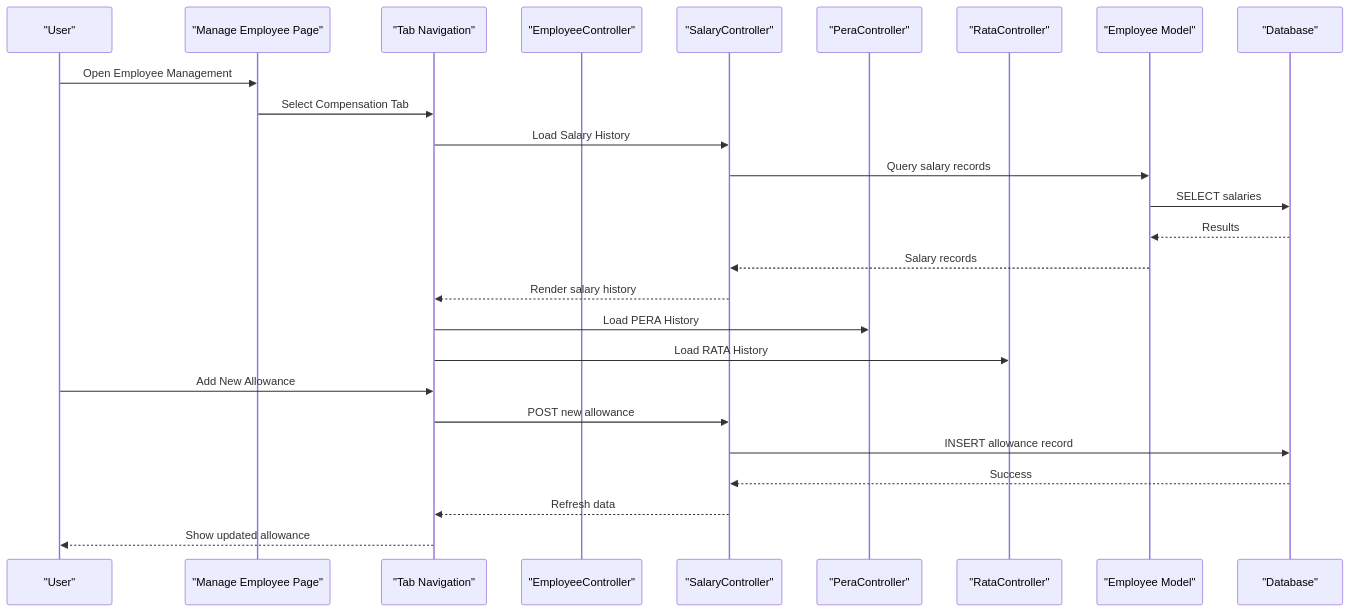
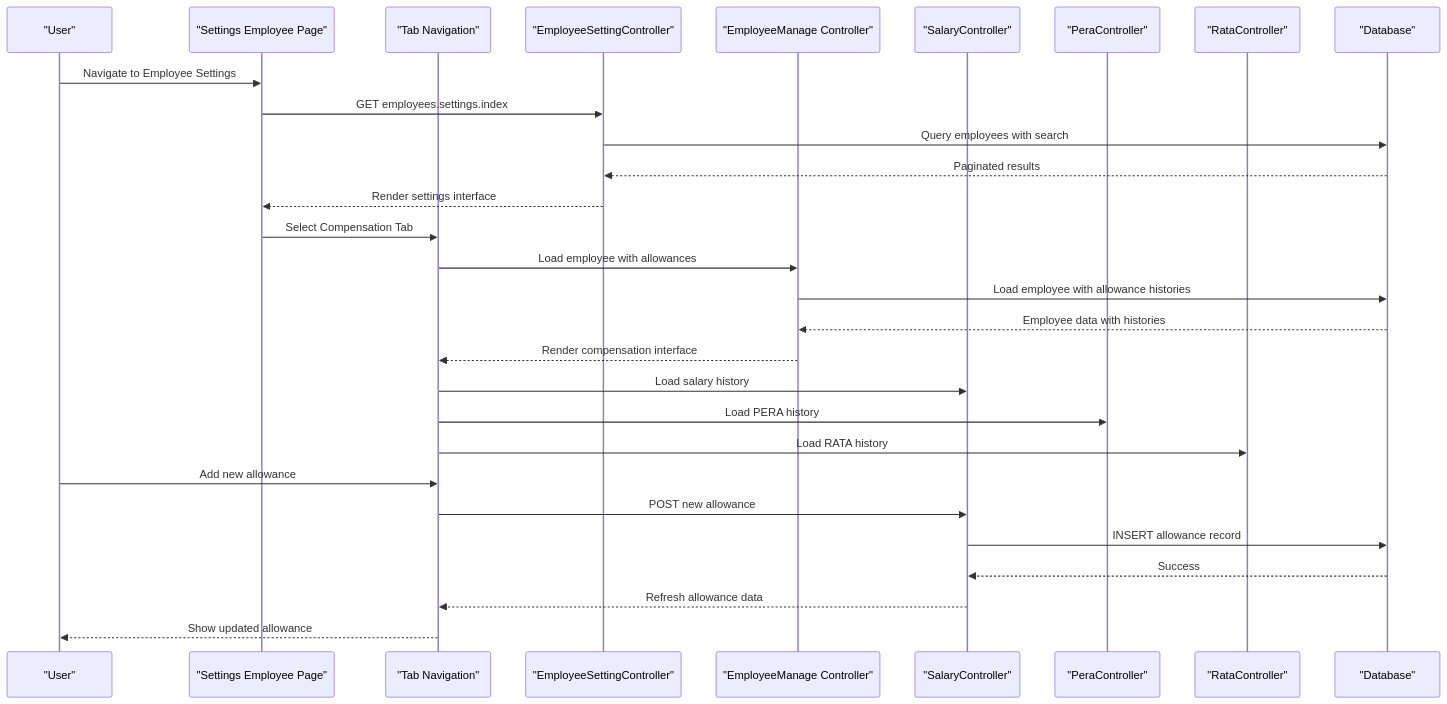
The second of 7 diagrams in .qoder/repowiki/en/content/Employee Management/Employee Management.md (vincet0t15/template), drawn with Mermaid before and after one commit. The commit also changed other lines of this file and 7 other files, not shown here.

````diff
--- a/.qoder/repowiki/en/content/Employee Management/Employee Management.md
+++ b/.qoder/repowiki/en/content/Employee Management/Employee Management.md
@@ -146,28 +162,31 @@
 ```mermaid
 sequenceDiagram
 participant U as "User"
-participant FE as "Manage Employee Page"
+participant FE as "Settings Employee Page"
 participant TAB as "Tab Navigation"
-participant CTRL as "EmployeeController"
-participant SAL_CTRL as "SalaryController"
-participant PERA_CTRL as "PeraController"
-participant RATA_CTRL as "RataController"
-participant MODEL as "Employee Model"
+participant ESC as "EmployeeSettingController"
+participant EM as "EmployeeManage Controller"
+participant SAL as "SalaryController"
+participant PERA as "PeraController"
+participant RATA as "RataController"
 participant DB as "Database"
-U->>FE : Open Employee Management
+U->>FE : Navigate to Employee Settings
+FE->>ESC : GET employees.settings.index
+ESC->>DB : Query employees with search
+DB-->>ESC : Paginated results
+ESC-->>FE : Render settings interface
 FE->>TAB : Select Compensation Tab
-TAB->>SAL_CTRL : Load Salary History
-SAL_CTRL->>MODEL : Query salary records
-MODEL->>DB : SELECT salaries
-DB-->>MODEL : Results
-MODEL-->>SAL_CTRL : Salary records
-SAL_CTRL-->>TAB : Render salary history
-TAB->>PERA_CTRL : Load PERA History
-TAB->>RATA_CTRL : Load RATA History
-U->>TAB : Add New Allowance
-TAB->>SAL_CTRL : POST new allowance
-SAL_CTRL->>DB : INSERT allowance record
-DB-->>SAL_CTRL : Success
-SAL_CTRL-->>TAB : Refresh data
+TAB->>EM : Load employee with allowances
+EM->>DB : Load employee with allowance histories
+DB-->>EM : Employee data with histories
+EM-->>TAB : Render compensation interface
+TAB->>SAL : Load salary history
+TAB->>PERA : Load PERA history
+TAB->>RATA : Load RATA history
+U->>TAB : Add new allowance
+TAB->>SAL : POST new allowance
+SAL->>DB : INSERT allowance record
+DB-->>SAL : Success
+SAL-->>TAB : Refresh allowance data
 TAB-->>U : Show updated allowance
 ```
````
